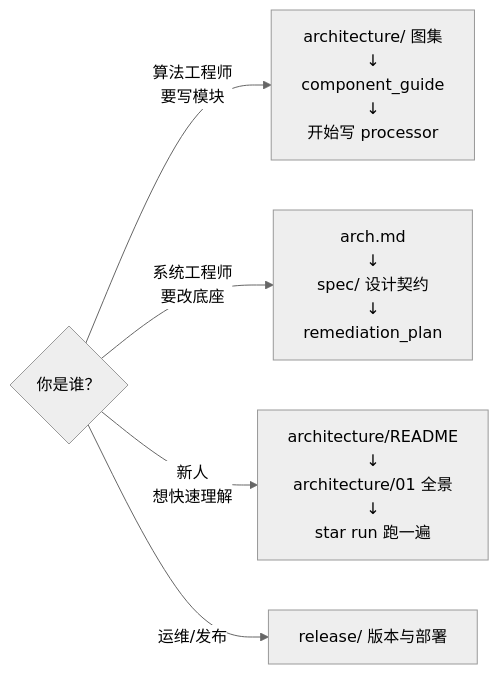
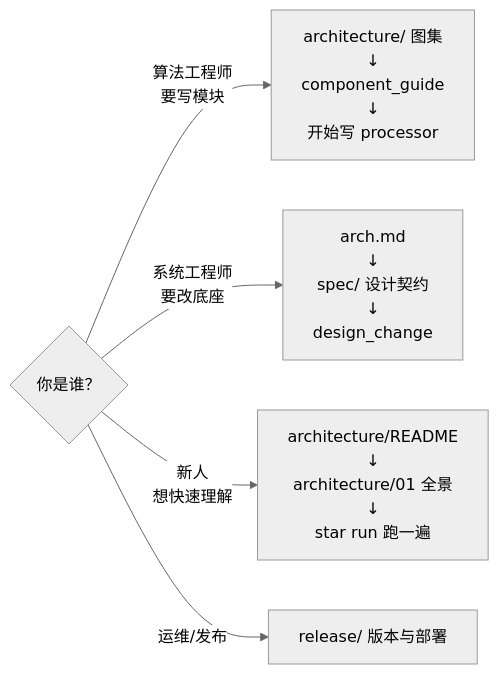
Before and after one commit to zgggy/starletto: the diagram in docs/README.md, drawn with Mermaid (neutral theme). The commit also changed other lines of this file and 33 other files, not shown here.

````diff
--- a/docs/README.md
+++ b/docs/README.md
@@ -10,8 +10,8 @@
 ```mermaid
 flowchart LR
     Q{"你是谁？"}
     Q -->|"算法工程师<br/>要写模块"| A["architecture/ 图集<br/>↓<br/>component_guide<br/>↓<br/>开始写 processor"]
-    Q -->|"系统工程师<br/>要改底座"| B["arch.md<br/>↓<br/>spec/ 设计契约<br/>↓<br/>remediation_plan"]
+    Q -->|"系统工程师<br/>要改底座"| B["arch.md<br/>↓<br/>spec/ 设计契约<br/>↓<br/>design_change"]
     Q -->|"新人<br/>想快速理解"| C["architecture/README<br/>↓<br/>architecture/01 全景<br/>↓<br/>star run 跑一遍"]
     Q -->|"运维/发布"| D["release/ 版本与部署"]
 ```
````
